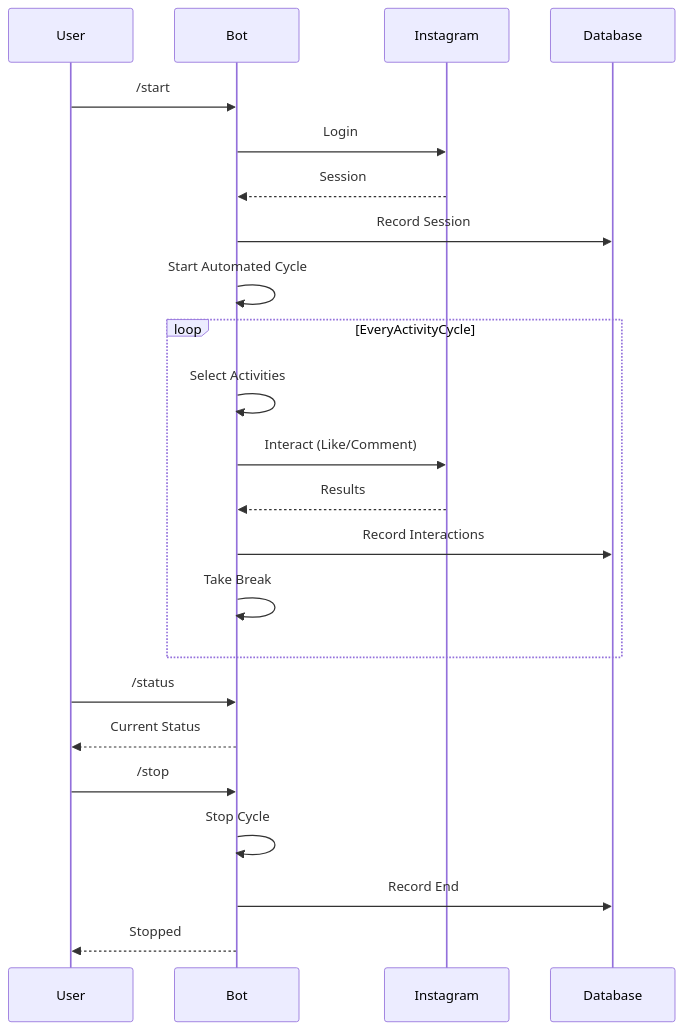
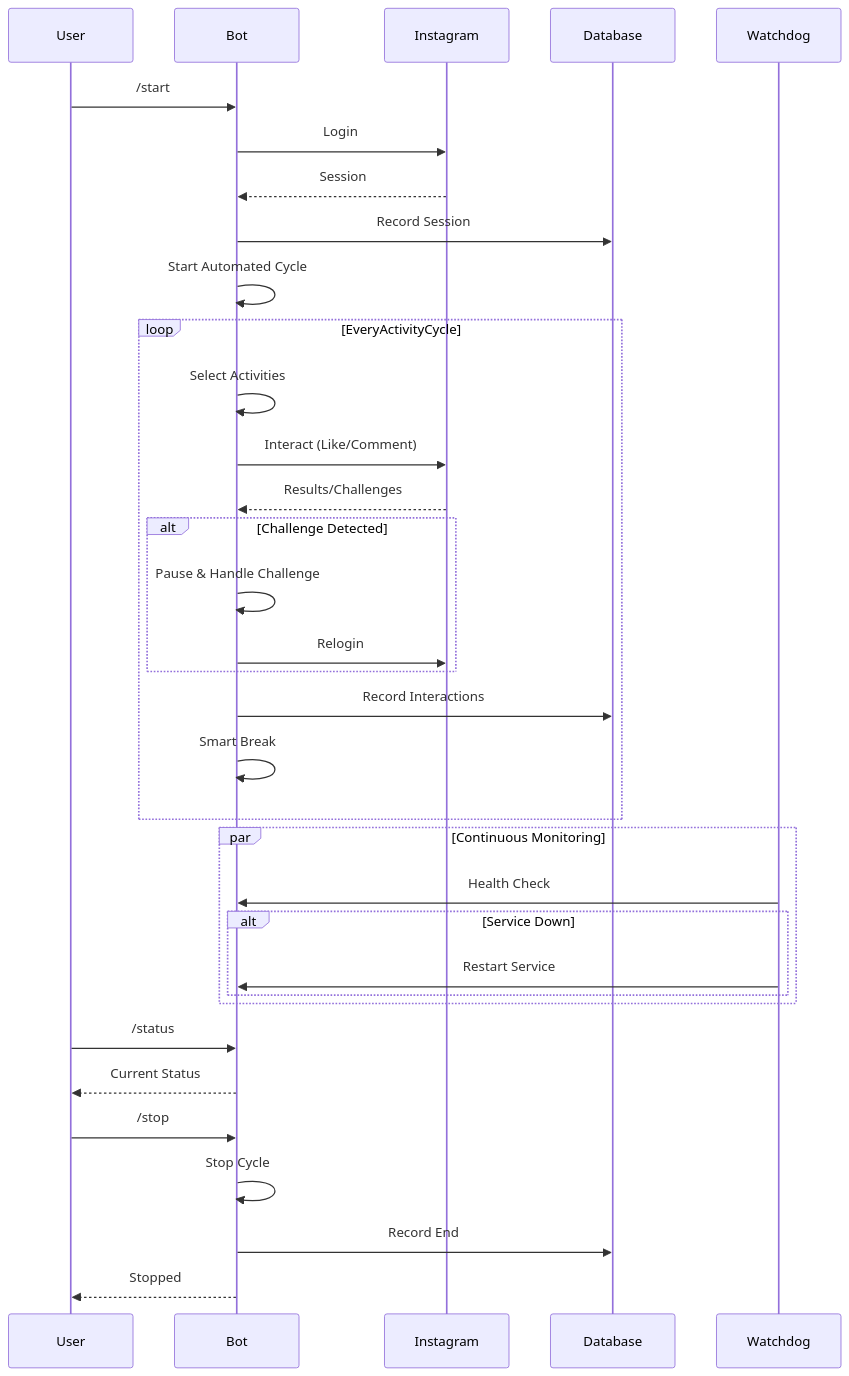
The third of 3 diagrams in README.md (ArashZich/insta-bot), drawn with Mermaid before and after one commit. The commit also changed other lines of this file, not shown here.

````diff
--- a/README.md
+++ b/README.md
@@ -145,29 +179,43 @@
 ```mermaid
 sequenceDiagram
     participant User
     participant Bot
     participant Instagram
     participant Database
+    participant Watchdog
     
     User->>Bot: /start
     Bot->>Instagram: Login
     Instagram-->>Bot: Session
     Bot->>Database: Record Session
     Bot->>Bot: Start Automated Cycle
     
     loop EveryActivityCycle
         Bot->>Bot: Select Activities
         Bot->>Instagram: Interact (Like/Comment)
-        Instagram-->>Bot: Results
+        Instagram-->>Bot: Results/Challenges
+        
+        alt Challenge Detected
+            Bot->>Bot: Pause & Handle Challenge
+            Bot->>Instagram: Relogin
+        end
+        
         Bot->>Database: Record Interactions
-        Bot->>Bot: Take Break
+        Bot->>Bot: Smart Break
+    end
+    
+    par Continuous Monitoring
+        Watchdog->>Bot: Health Check
+        alt Service Down
+            Watchdog->>Bot: Restart Service
+        end
     end
     
     User->>Bot: /status
     Bot-->>User: Current Status
     
     User->>Bot: /stop
     Bot->>Bot: Stop Cycle
     Bot->>Database: Record End
     Bot-->>User: Stopped
 ```
````
